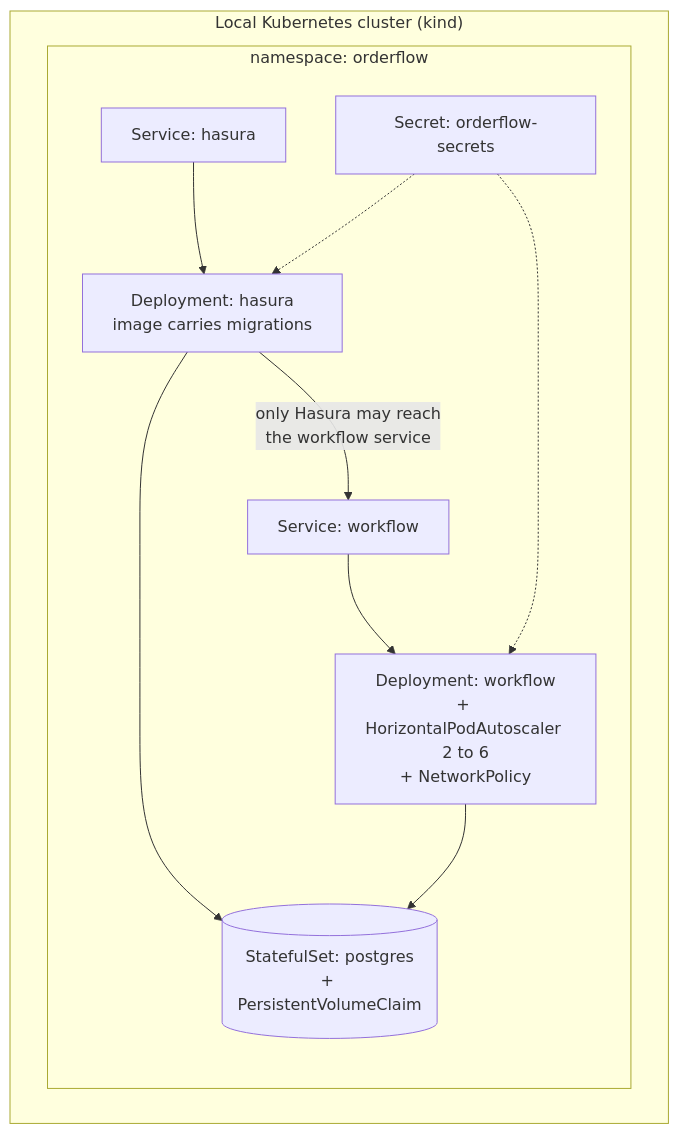
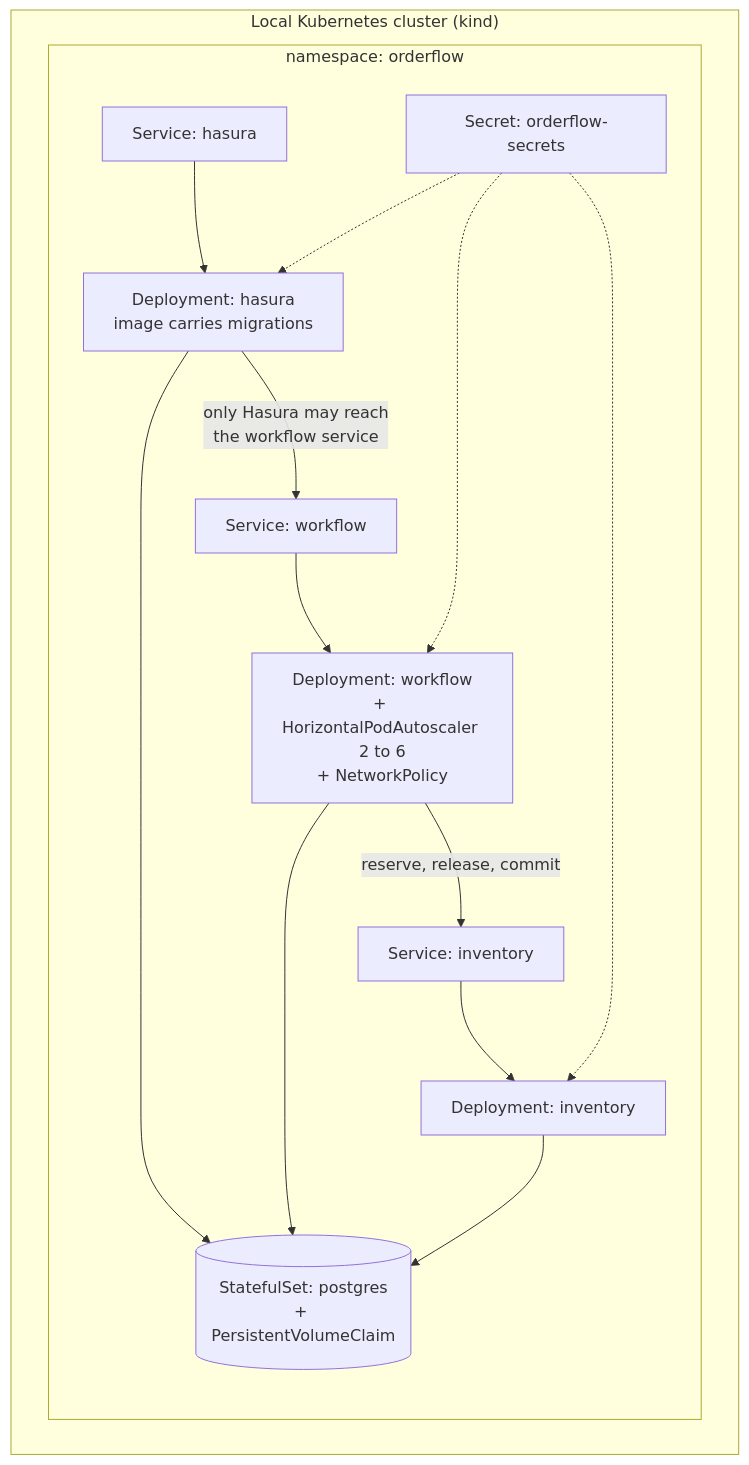
Diagram 13 of 16 in docs/ARCHITECTURE.md (harishbala1o/ecommerce-orderflow), drawn with Mermaid before and after one commit. The commit also changed other lines of this file and 12 other files, not shown here.

````diff
--- a/docs/ARCHITECTURE.md
+++ b/docs/ARCHITECTURE.md
@@ -788,20 +962,26 @@
 ```mermaid
 flowchart TB
     subgraph KIND["Local Kubernetes cluster (kind)"]
         subgraph NS["namespace: orderflow"]
             SVCH["Service: hasura"]
             DEPH["Deployment: hasura<br/>image carries migrations"]
             SVCW["Service: workflow"]
             DEPW["Deployment: workflow<br/>+ HorizontalPodAutoscaler 2 to 6<br/>+ NetworkPolicy"]
+            SVCI["Service: inventory"]
+            DEPI["Deployment: inventory"]
             STS[("StatefulSet: postgres<br/>+ PersistentVolumeClaim")]
             SEC["Secret: orderflow-secrets"]
         end
     end
     SVCH --> DEPH
     DEPH --> STS
     DEPH -->|"only Hasura may reach<br/>the workflow service"| SVCW
     SVCW --> DEPW
     DEPW --> STS
+    DEPW -->|"reserve, release, commit"| SVCI
+    SVCI --> DEPI
+    DEPI --> STS
     SEC -.-> DEPH
     SEC -.-> DEPW
+    SEC -.-> DEPI
 ```
````
